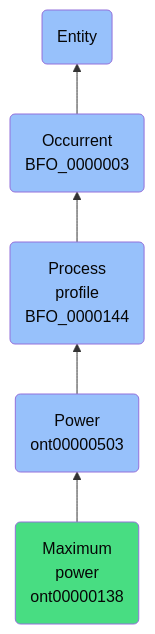
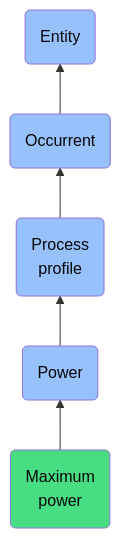
The diagram in docs/ontology/reference/model/Entity/Occurrent/Process profile/Power/Maximum power/Maximum power.md (jupyter-naas/abi), drawn with Mermaid before and after one commit. The commit also changed other lines of this file and 1430 other files, not shown here.

````diff
--- a/docs/ontology/reference/model/Entity/Occurrent/Process profile/Power/Maximum power/Maximum power.md
+++ b/docs/ontology/reference/model/Entity/Occurrent/Process profile/Power/Maximum power/Maximum power.md
@@ -24,12 +24,12 @@
 ```mermaid
 graph BT
-    ont00000138(Maximum<br>power<br>ont00000138):::ABI-->ont00000503
-    ont00000503(Power<br>ont00000503):::BFO-->BFO_0000144
-    BFO_0000144(Process<br>profile<br>BFO_0000144):::BFO-->BFO_0000003
-    BFO_0000003(Occurrent<br>BFO_0000003):::BFO-->BFO_0000001
+    ont00000138(Maximum<br>power):::ABI-->ont00000503
+    ont00000503(Power):::BFO-->BFO_0000144
+    BFO_0000144(Process<br>profile):::BFO-->BFO_0000003
+    BFO_0000003(Occurrent):::BFO-->BFO_0000001
     BFO_0000001(Entity):::BFO
     
     classDef BFO fill:#97c1fb,color:#060606
     classDef CCO fill:#e4c51e,color:#060606
     classDef ABI fill:#48DD82,color:#060606
 ```
````
